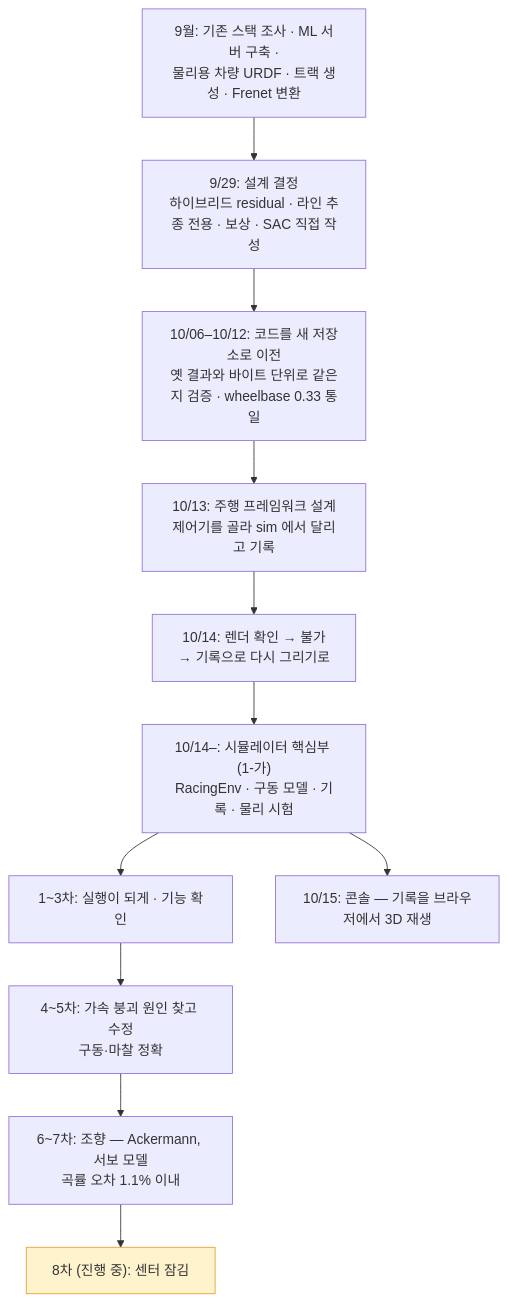
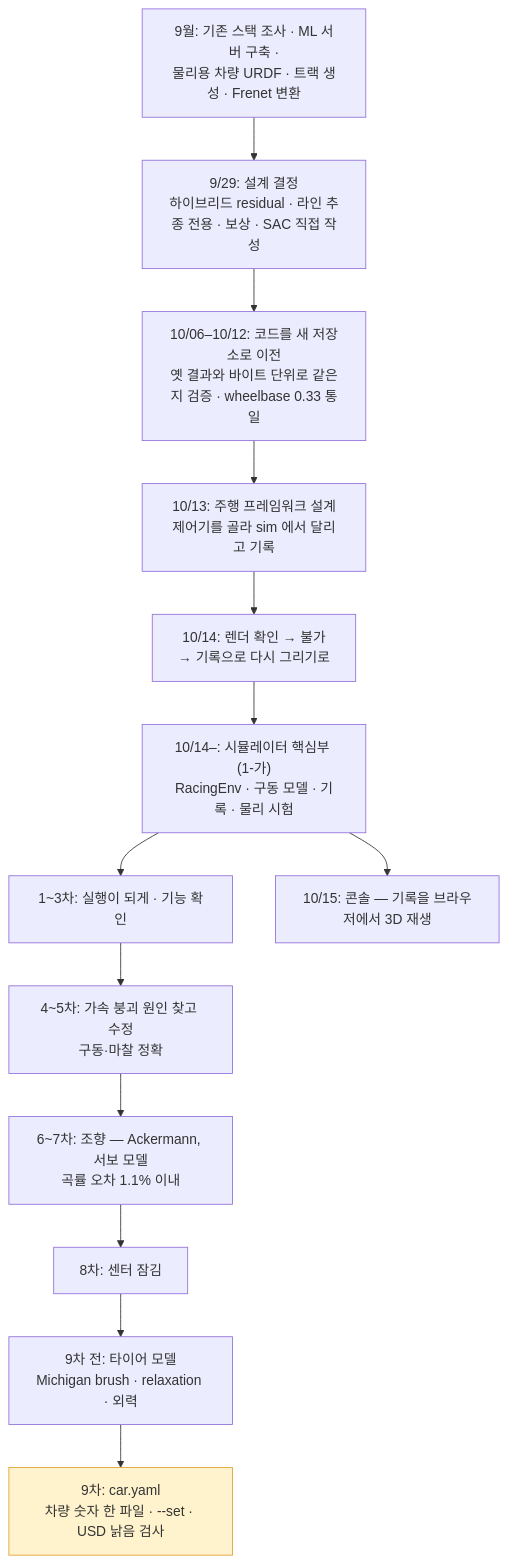
The fifth of 7 diagrams in MOC/프로젝트 한눈에.md (nhg0209/CLAUDE), drawn with Mermaid before and after one commit. The commit also changed other lines of this file and 1 other file, not shown here.

First line of the commit message:
car.yaml 2단계 완료 기록, 프로젝트 한눈에 현황 갱신(8·9차, 실측 보류·sim 보고서 결정)

````diff
--- a/MOC/프로젝트 한눈에.md
+++ b/MOC/프로젝트 한눈에.md
@@ -288,14 +288,16 @@
 ```mermaid
 flowchart TD
     A["9월: 기존 스택 조사 · ML 서버 구축 ·<br/>물리용 차량 URDF · 트랙 생성 · Frenet 변환"] --> B["9/29: 설계 결정<br/>하이브리드 residual · 라인 추종 전용 · 보상 · SAC 직접 작성"]
     B --> C["10/06–10/12: 코드를 새 저장소로 이전<br/>옛 결과와 바이트 단위로 같은지 검증 · wheelbase 0.33 통일"]
     C --> D["10/13: 주행 프레임워크 설계<br/>제어기를 골라 sim 에서 달리고 기록"]
     D --> E["10/14: 렌더 확인 → 불가<br/>→ 기록으로 다시 그리기로"]
     E --> F["10/14–: 시뮬레이터 핵심부 (1-가)<br/>RacingEnv · 구동 모델 · 기록 · 물리 시험"]
     F --> G["1~3차: 실행이 되게 · 기능 확인"]
     G --> H["4~5차: 가속 붕괴 원인 찾고 수정<br/>구동·마찰 정확"]
     H --> I["6~7차: 조향 — Ackermann, 서보 모델<br/>곡률 오차 1.1% 이내"]
-    I --> J["8차 (진행 중): 센터 잠김"]
+    I --> J["8차: 센터 잠김"]
+    J --> T["9차 전: 타이어 모델<br/>Michigan brush · relaxation · 외력"]
+    T --> Y["9차: car.yaml<br/>차량 숫자 한 파일 · --set · USD 낡음 검사"]
     F --> K["10/15: 콘솔 — 기록을 브라우저에서 3D 재생"]
-    style J fill:#fff3cd,stroke:#e0a030
+    style Y fill:#fff3cd,stroke:#e0a030
 ```
````
